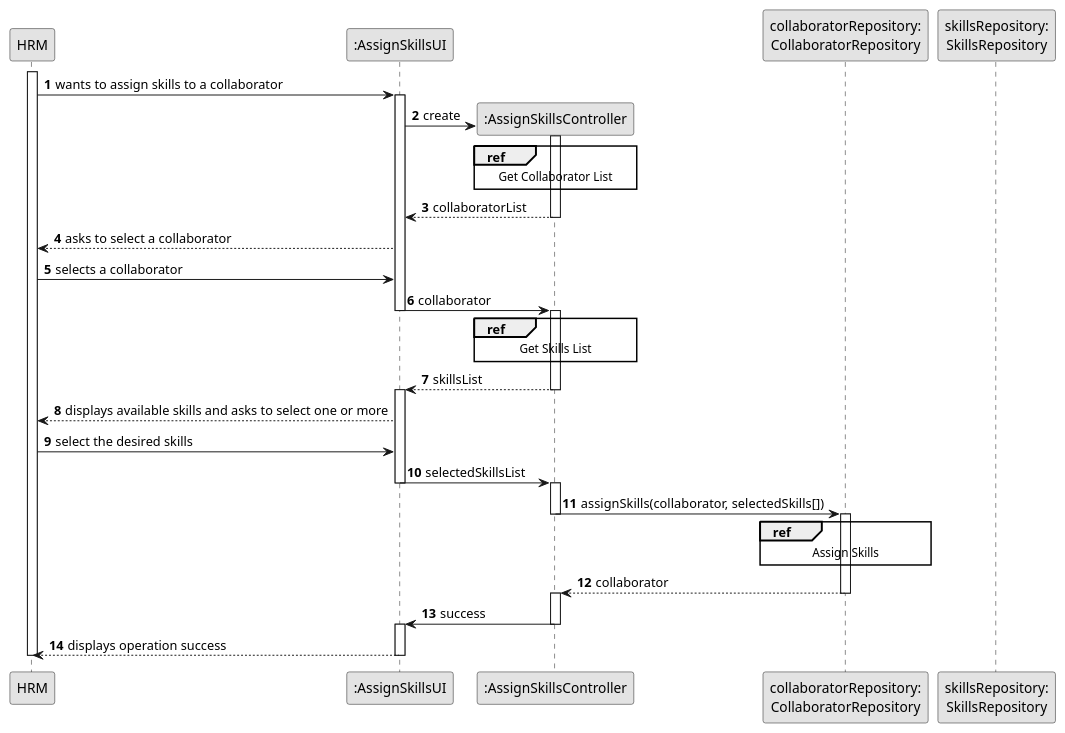
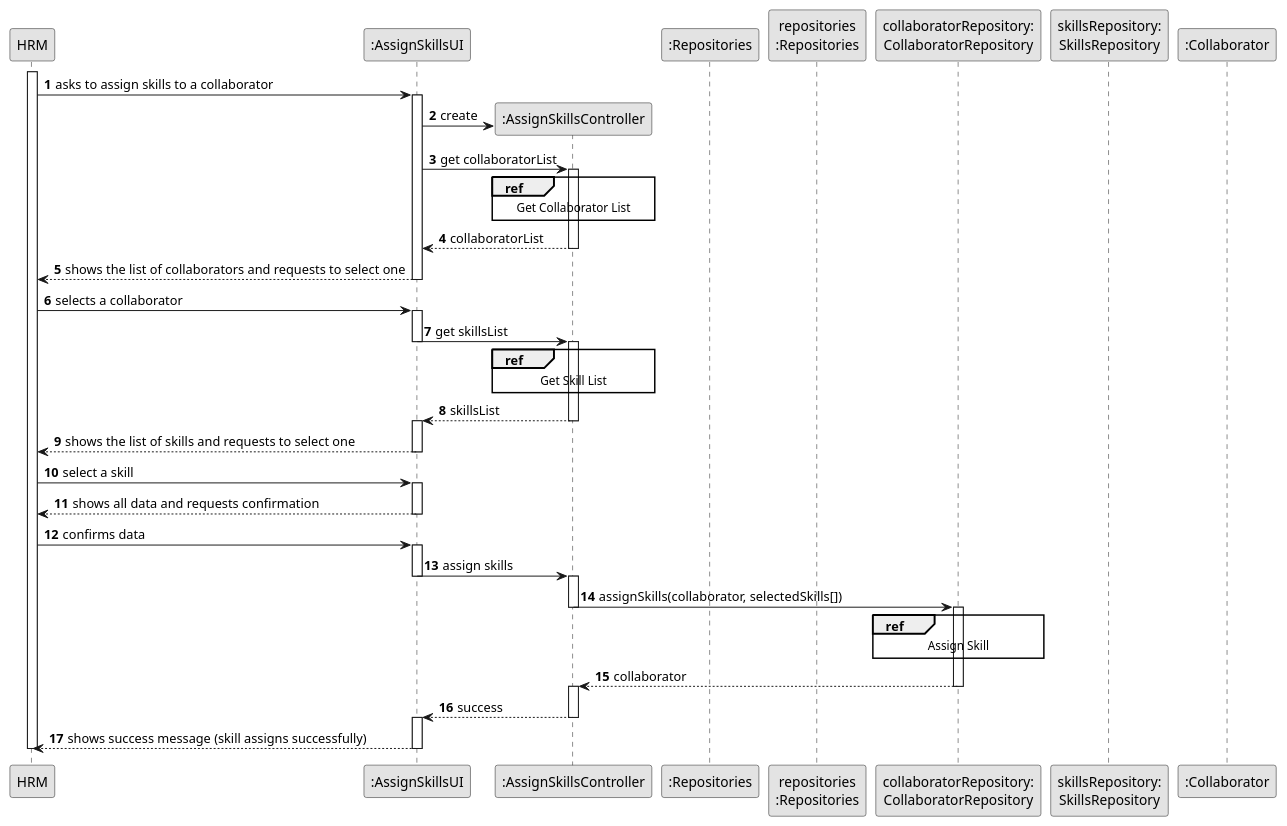
One commit to ricardomm7/leaflink changed the diagram in docs/sprintB/us004/03.design/puml/us004-sequence-diagram-split.puml. Above: the diagram before and after it, drawn with PlantUML. The commit also changed 20 other files, not shown here.

```diff
--- a/docs/sprintB/us004/03.design/puml/us004-sequence-diagram-split.puml
+++ b/docs/sprintB/us004/03.design/puml/us004-sequence-diagram-split.puml
@@ -1,72 +1,88 @@
 @startuml
 skinparam monochrome true
 skinparam packageStyle rectangle
 skinparam shadowing false
 
 autonumber
 
 participant "HRM" as HRM
 participant ":AssignSkillsUI" as UI
 participant ":AssignSkillsController" as CTRL
+participant ":Repositories" as GlobRepo
+participant "repositories\n:Repositories" as PLAT
 participant "collaboratorRepository:\nCollaboratorRepository" as CLBREP
 participant "skillsRepository:\nSkillsRepository" as skillsRepository
+participant ":Collaborator" as CLB
 
 
 activate HRM
-
-HRM -> UI : wants to assign skills to a collaborator
+HRM -> UI : asks to assign skills to a collaborator
 activate UI
-
 UI -> CTRL** : create
 
+UI -> CTRL: get collaboratorList
+activate CTRL
 
-activate CTRL
 ref over CTRL
 Get Collaborator List
 end ref
 
-
 CTRL --> UI : collaboratorList
 deactivate CTRL
-
-UI --> HRM : asks to select a collaborator
+UI --> HRM : shows the list of collaborators and requests to select one
+deactivate UI
 
 HRM -> UI : selects a collaborator
+activate UI
 
-UI -> CTRL : collaborator
+UI -> CTRL : get skillsList
 deactivate UI
 activate CTRL
 
+ref over CTRL
+Get Skill List
+end ref
 
-ref over CTRL
-Get Skills List
-end ref
+
 
 CTRL --> UI : skillsList
 deactivate CTRL
 activate UI
 
-UI --> HRM : displays available skills and asks to select one or more
+UI --> HRM : shows the list of skills and requests to select one
+deactivate UI
 
-HRM -> UI : select the desired skills
-UI -> CTRL : selectedSkillsList
+HRM -> UI : select a skill
+activate UI
+
+UI --> HRM: shows all data and requests confirmation
+deactivate UI
+
+HRM -> UI: confirms data
+activate UI
+
+UI -> CTRL : assign skills
 deactivate UI
 activate CTRL
 
 
 CTRL -> CLBREP : assignSkills(collaborator, selectedSkills[])
 deactivate CTRL
+
 activate CLBREP
+
 ref over CLBREP
-Assign Skills
+Assign Skill
 end ref
+
+
 CLBREP --> CTRL : collaborator
 deactivate CLBREP
 activate CTRL
-CTRL -> UI : success
+CTRL --> UI : success
 deactivate CTRL
 activate UI
-UI --> HRM : displays operation success
+UI --> HRM : shows success message (skill assigns successfully)
 deactivate UI
 deactivate HRM
 @enduml
```
